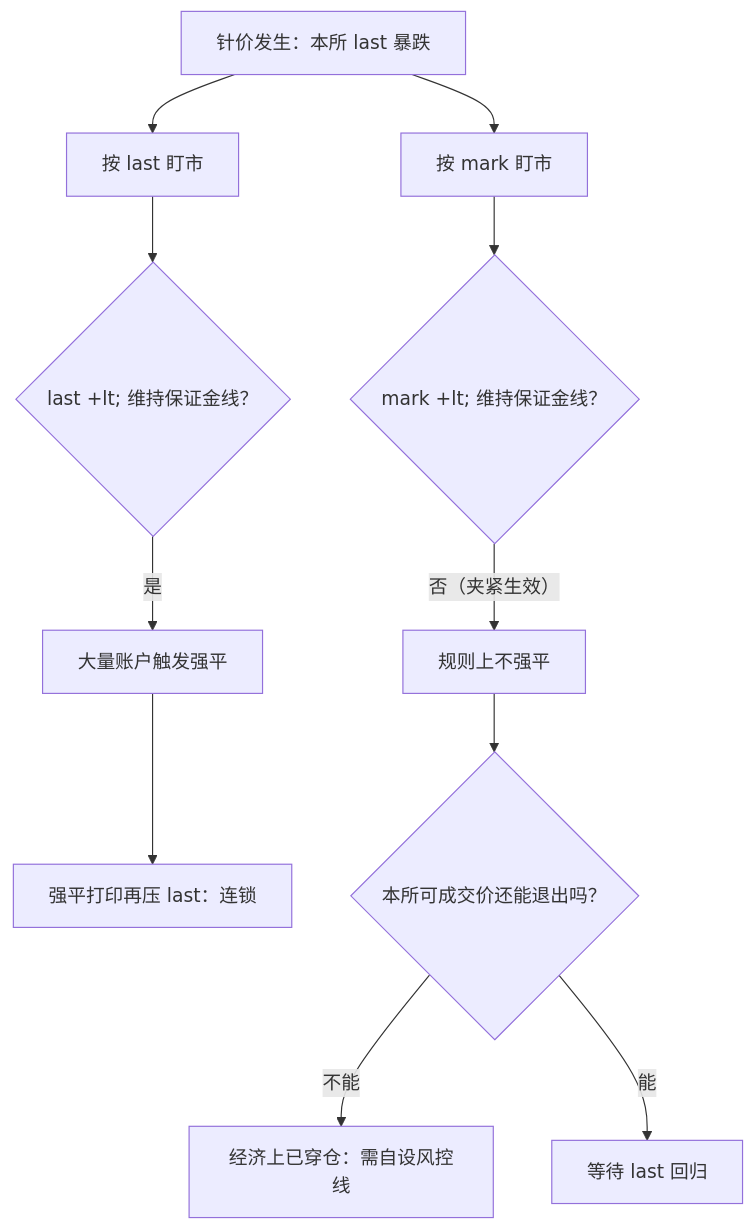
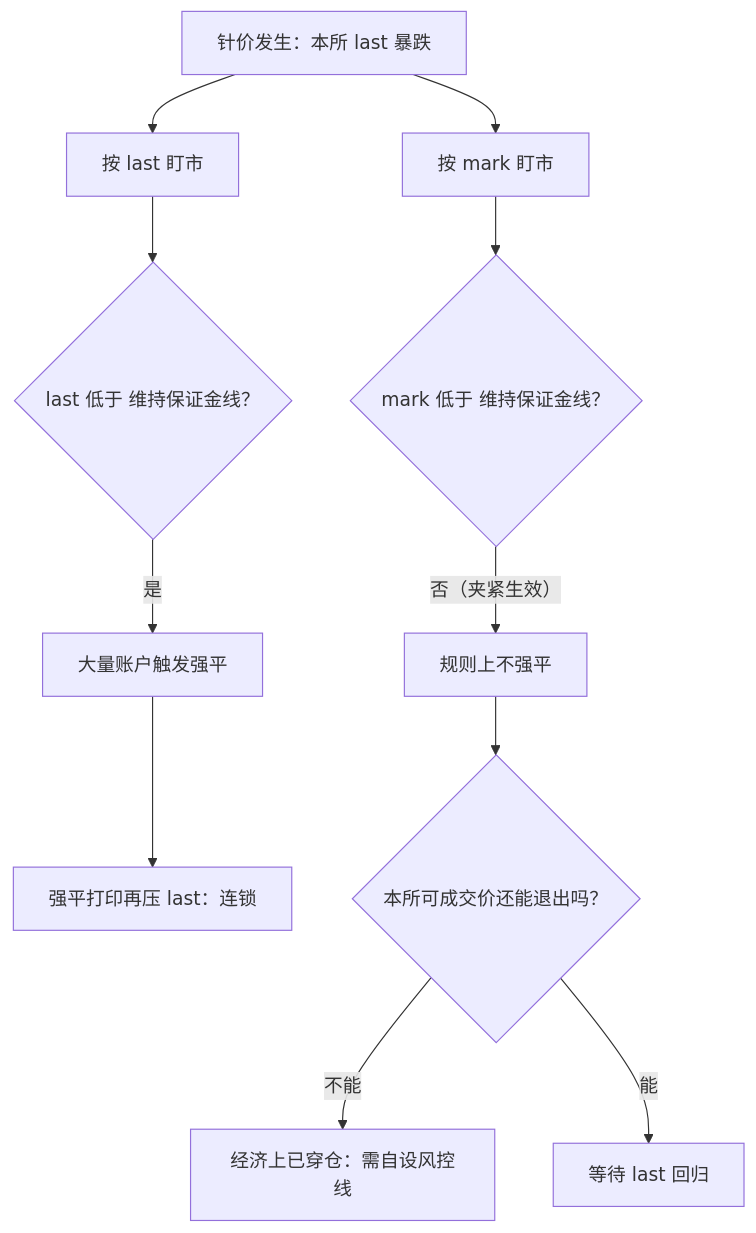
Before and after one commit to xhongduo-tech/xhongduo-tech.github.io: the second of 2 diagrams in docs/quant/crypto-mark-price.md, drawn with Mermaid. The commit also changed 3 other files, not shown here.

Commit message:
Content review quant-095: fix Kyle depth direction, mark-price mermaid corruption, Hasbrouck 1993 venue; repair crsp-compustat corrupted comparison.

````diff
--- a/docs/quant/crypto-mark-price.md
+++ b/docs/quant/crypto-mark-price.md
@@ -63,13 +63,13 @@
 ```mermaid
 flowchart TD
   Wick["针价发生：本所 last 暴跌"] --> A["按 last 盯市"]
   Wick --> B["按 mark 盯市"]
-  A --> A1{"last +lt; 维持保证金线？"}
+  A --> A1{"last 低于 维持保证金线？"}
   A1 -- "是" --> A2["大量账户触发强平"]
   A2 --> A3["强平打印再压 last：连锁"]
-  B --> B1{"mark +lt; 维持保证金线？"}
+  B --> B1{"mark 低于 维持保证金线？"}
   B1 -- "否（夹紧生效）" --> B2["规则上不强平"]
   B2 --> C{"本所可成交价还能退出吗？"}
   C -- "不能" --> D["经济上已穿仓：需自设风控线"]
   C -- "能" --> E["等待 last 回归"]
 ```
````
